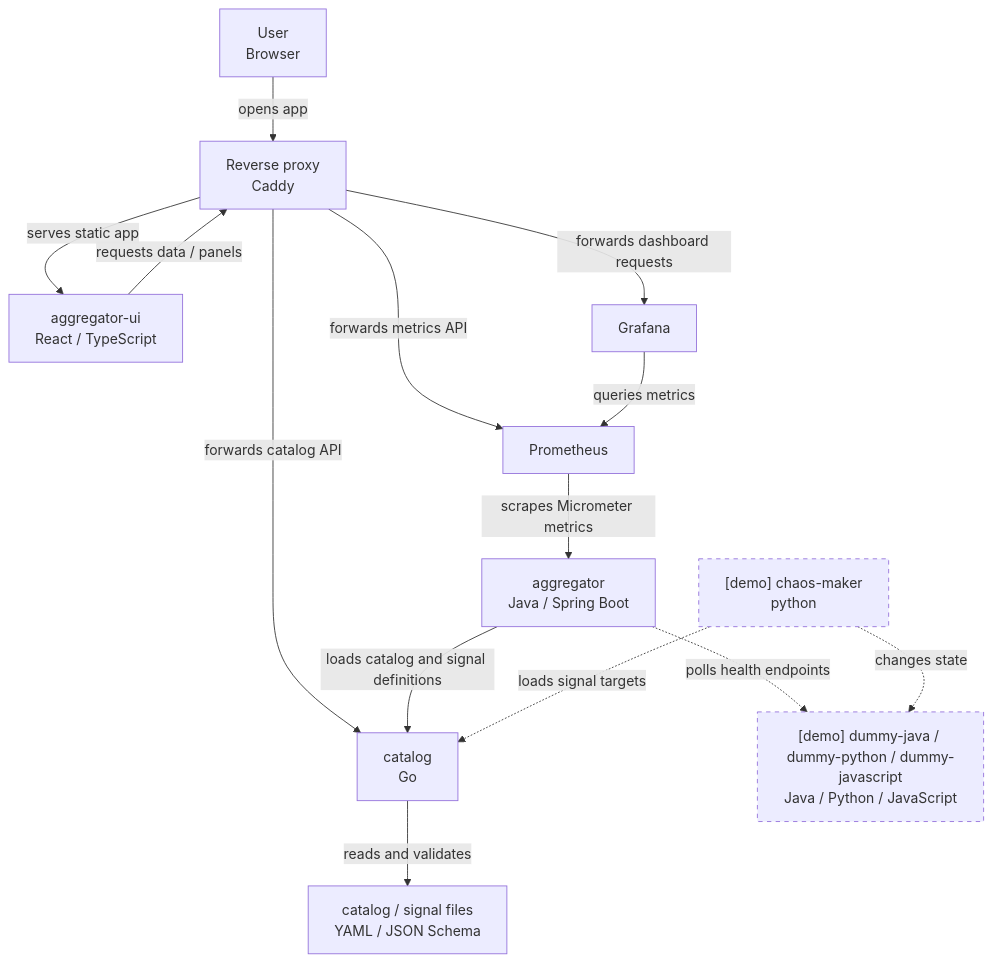
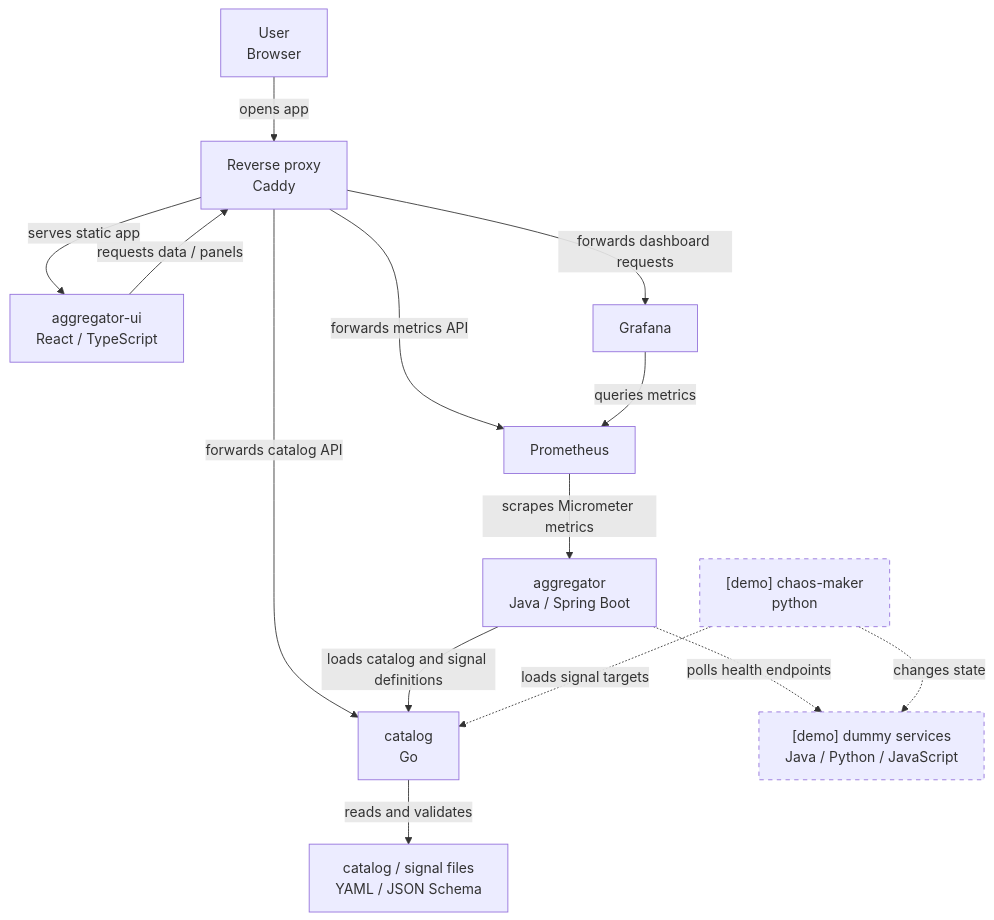
Before and after one commit to aleksei-sapozhnikov/aggregator: the diagram in README.md, drawn with Mermaid.

Commit message:
simplify dummy services on the scheme

````diff
--- a/README.md
+++ b/README.md
@@ -16,24 +16,24 @@
 ```mermaid
 flowchart TB
   browser["User<br>Browser"] -->|opens app| proxy["Reverse proxy<br>Caddy"]
   proxy -->|serves static app| ui["aggregator-ui<br>React / TypeScript"]
 
   ui -->|requests data / panels| proxy
   proxy -->|forwards catalog API| catalog["catalog<br>Go"]
   proxy -->|forwards metrics API| prometheus["Prometheus"]
   proxy -->|forwards dashboard requests| grafana["Grafana"]
 
   grafana -->|queries metrics| prometheus
   prometheus -->|scrapes Micrometer metrics| aggregator["aggregator<br>Java / Spring Boot"]
 
   aggregator -->|loads catalog and signal definitions| catalog
   catalog -->|reads and validates| catalogFiles["catalog / signal files<br>YAML / JSON Schema"]
 
   aggregator -.->|polls health endpoints| demoServices
-  chaos -.->|changes state| demoServices["[demo] dummy-java / dummy-python / dummy-javascript<br>Java / Python / JavaScript"]
+  chaos -.->|changes state| demoServices["[demo] dummy services<br>Java / Python / JavaScript"]
   chaos["[demo] chaos-maker<br>python"] -.->|loads signal targets| catalog
 
 
   classDef optional stroke-dasharray: 5 5
   class chaos,demoServices optional
 ```
````
